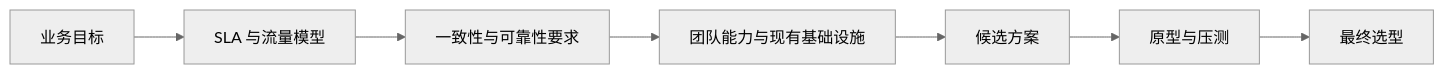
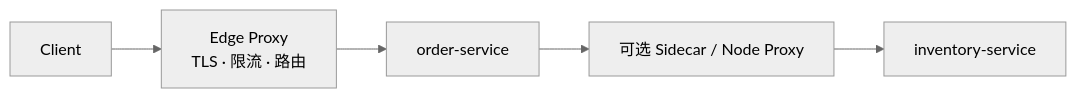
One commit to Fizgrad/fizgrad.github.io changed diagram 11 of 11 in blog/cpp_backend.md. Above: the diagram before and after it, drawn with Mermaid (neutral theme). The commit also changed other lines of this file and 1 other file, not shown here.

````diff
--- a/blog/cpp_backend.md
+++ b/blog/cpp_backend.md
@@ -2437,9 +1498,7 @@
 ```mermaid
 flowchart LR
-    A["业务目标"] --> B["SLA 与流量模型"]
-    B --> C["一致性与可靠性要求"]
-    C --> D["团队能力与现有基础设施"]
-    D --> E["候选方案"]
-    E --> F["原型与压测"]
-    F --> G["最终选型"]
+    CLIENT["Client"] --> EDGE["Edge Proxy<br/>TLS · 限流 · 路由"]
+    EDGE --> SERVICE["order-service"]
+    SERVICE --> SIDECAR["可选 Sidecar / Node Proxy"]
+    SIDECAR --> INVENTORY["inventory-service"]
 ```
````
